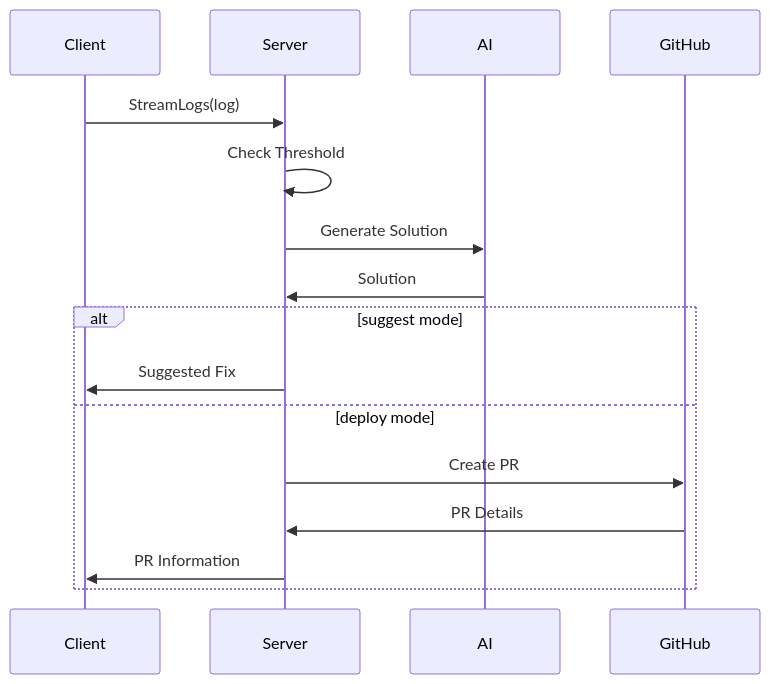
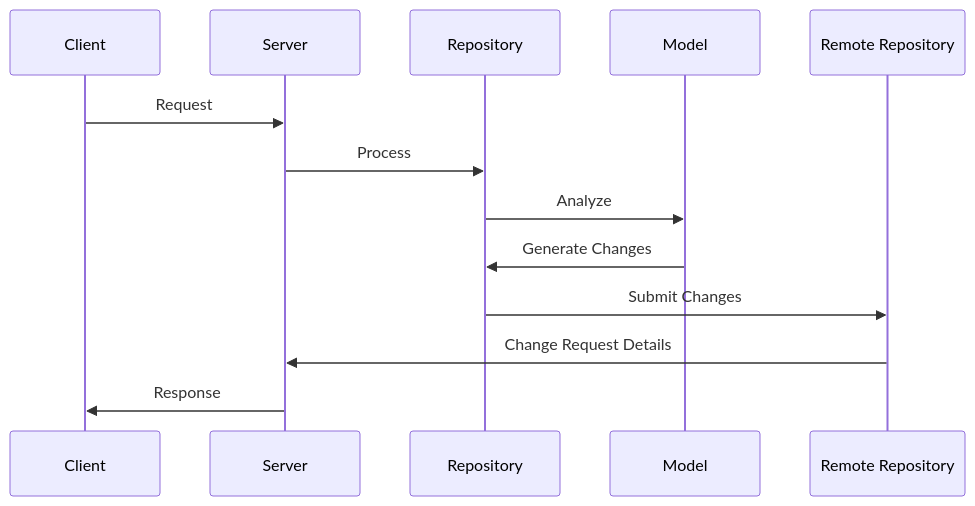
Before and after one commit to HoyeonS/hephaestus: the third of 3 diagrams in docs/HLD.md, drawn with Mermaid. The commit also changed other lines of this file and 6 other files, not shown here.

````diff
--- a/docs/HLD.md
+++ b/docs/HLD.md
@@ -82,19 +69,15 @@
 ```mermaid
 sequenceDiagram
     participant C as Client
     participant S as Server
-    participant A as AI
-    participant G as GitHub
-
-    C->>S: StreamLogs(log)
-    S->>S: Check Threshold
-    S->>A: Generate Solution
-    A->>S: Solution
-    alt suggest mode
-        S->>C: Suggested Fix
-    else deploy mode
-        S->>G: Create PR
-        G->>S: PR Details
-        S->>C: PR Information
-    end
+    participant R as Repository
+    participant M as Model
+    participant G as Remote Repository
+    C->>S: Request
+    S->>R: Process
+    R->>M: Analyze
+    M->>R: Generate Changes
+    R->>G: Submit Changes
+    G->>S: Change Request Details
+    S->>C: Response
 ```
````
